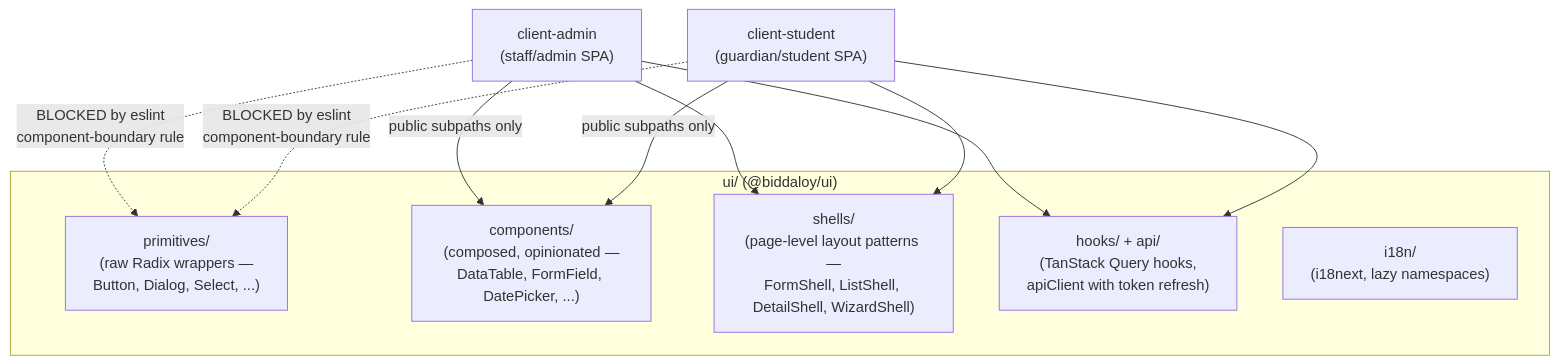
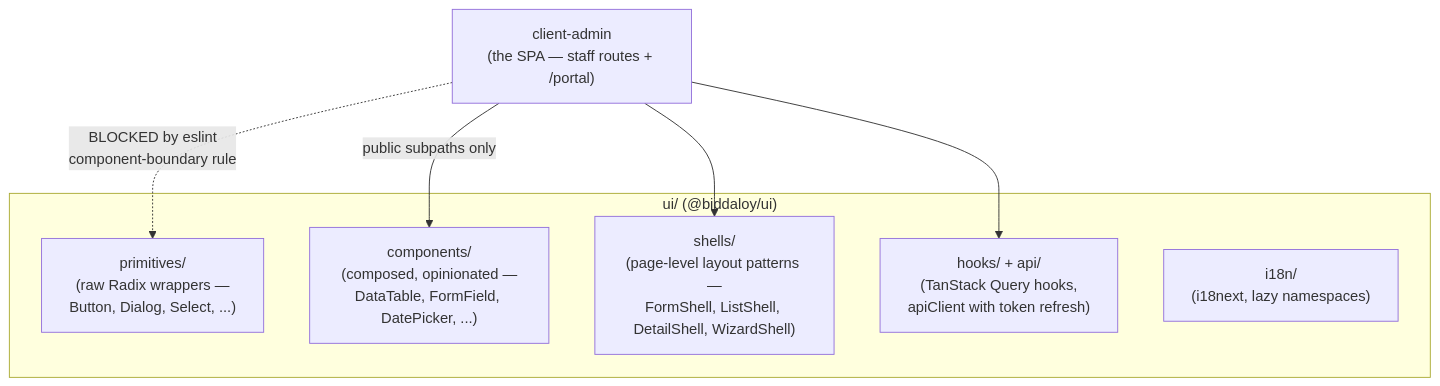
One commit to tareq89/biddaloy changed the first of 3 diagrams in docs/architecture/06-frontend-architecture.md. Above: the diagram before and after it, drawn with Mermaid. The commit also changed other lines of this file and 73 other files, not shown here.

````diff
--- a/docs/architecture/06-frontend-architecture.md
+++ b/docs/architecture/06-frontend-architecture.md
@@ -5,23 +5,18 @@
 ```mermaid
 flowchart TB
     subgraph "ui/ (@biddaloy/ui)"
         PRIM["primitives/\n(raw Radix wrappers —\nButton, Dialog, Select, ...)"]
         COMP["components/\n(composed, opinionated —\nDataTable, FormField, DatePicker, ...)"]
         SHELL["shells/\n(page-level layout patterns —\nFormShell, ListShell, DetailShell, WizardShell)"]
         HOOKS["hooks/ + api/\n(TanStack Query hooks,\napiClient with token refresh)"]
         I18N["i18n/\n(i18next, lazy namespaces)"]
     end
 
-    ADMIN["client-admin\n(staff/admin SPA)"]
-    STUDENT["client-student\n(guardian/student SPA)"]
+    APP["client-admin\n(the SPA — staff routes + /portal)"]
 
-    ADMIN -->|"public subpaths only"| COMP
-    ADMIN --> SHELL
-    ADMIN --> HOOKS
-    STUDENT -->|"public subpaths only"| COMP
-    STUDENT --> SHELL
-    STUDENT --> HOOKS
+    APP -->|"public subpaths only"| COMP
+    APP --> SHELL
+    APP --> HOOKS
 
-    ADMIN -.->|"BLOCKED by eslint\ncomponent-boundary rule"| PRIM
-    STUDENT -.->|"BLOCKED by eslint\ncomponent-boundary rule"| PRIM
+    APP -.->|"BLOCKED by eslint\ncomponent-boundary rule"| PRIM
 ```
````
